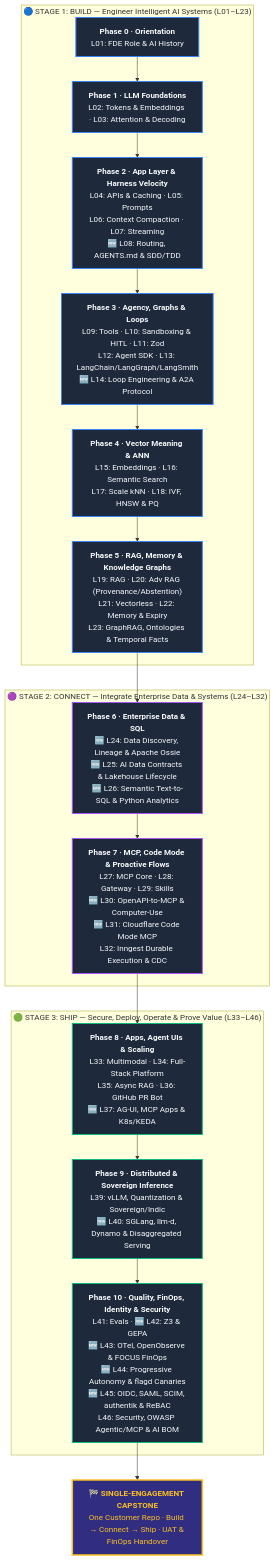
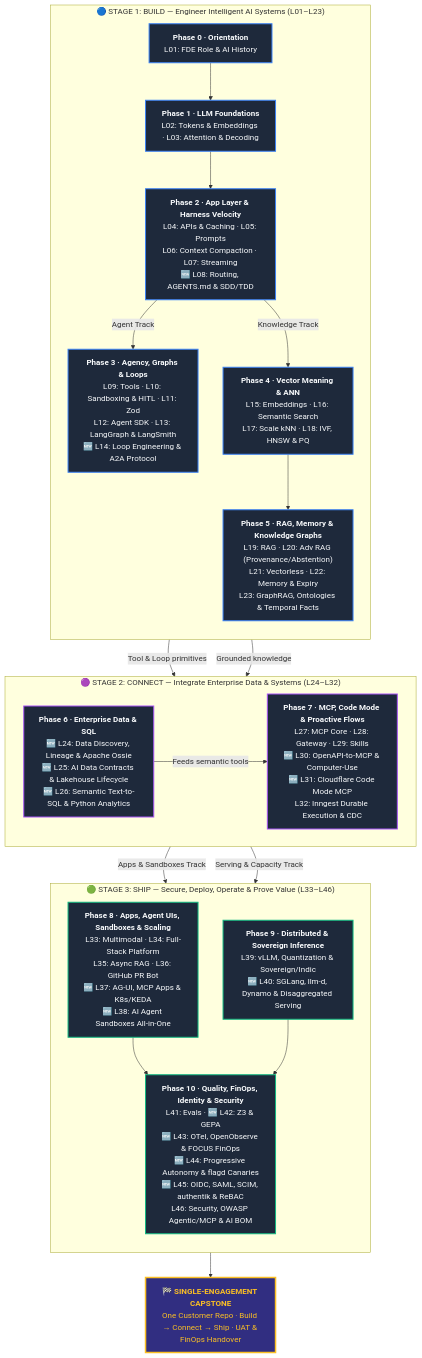
One commit to Amie-dev/FDE-and-GenAI-Mastery changed the first of 4 diagrams in roadmap-v1.md. Above: the diagram before and after it, drawn with Mermaid. The commit also changed other lines of this file, not shown here.

````diff
--- a/roadmap-v1.md
+++ b/roadmap-v1.md
@@ -40,36 +42,47 @@
 ```mermaid
 flowchart TD
     classDef build fill:#1e293b,stroke:#3b82f6,stroke-width:2px,color:#f8fafc;
     classDef connect fill:#1e293b,stroke:#a855f7,stroke-width:2px,color:#f8fafc;
     classDef ship fill:#1e293b,stroke:#10b981,stroke-width:2px,color:#f8fafc;
     classDef cap fill:#312e81,stroke:#fbbf24,stroke-width:3px,color:#fbbf24;
 
     subgraph BUILD["🔵 STAGE 1: BUILD — Engineer Intelligent AI Systems (L01–L23)"]
+        direction TB
         P0["<b>Phase 0 · Orientation</b><br/>L01: FDE Role & AI History"]:::build
         P1["<b>Phase 1 · LLM Foundations</b><br/>L02: Tokens & Embeddings · L03: Attention & Decoding"]:::build
         P2["<b>Phase 2 · App Layer & Harness Velocity</b><br/>L04: APIs & Caching · L05: Prompts<br/>L06: Context Compaction · L07: Streaming<br/>🆕 L08: Routing, AGENTS.md & SDD/TDD"]:::build
-        P3["<b>Phase 3 · Agency, Graphs & Loops</b><br/>L09: Tools · L10: Sandboxing & HITL · L11: Zod<br/>L12: Agent SDK · L13: LangChain/LangGraph/LangSmith<br/>🆕 L14: Loop Engineering & A2A Protocol"]:::build
+
+        P3["<b>Phase 3 · Agency, Graphs & Loops</b><br/>L09: Tools · L10: Sandboxing & HITL · L11: Zod<br/>L12: Agent SDK · L13: LangGraph & LangSmith<br/>🆕 L14: Loop Engineering & A2A Protocol"]:::build
+
         P4["<b>Phase 4 · Vector Meaning & ANN</b><br/>L15: Embeddings · L16: Semantic Search<br/>L17: Scale kNN · L18: IVF, HNSW & PQ"]:::build
         P5["<b>Phase 5 · RAG, Memory & Knowledge Graphs</b><br/>L19: RAG · L20: Adv RAG (Provenance/Abstention)<br/>L21: Vectorless · L22: Memory & Expiry<br/>L23: GraphRAG, Ontologies & Temporal Facts"]:::build
-        P0 --> P1 --> P2 --> P3 --> P4 --> P5
+
+        P0 --> P1 --> P2
+        P2 -->|"Agent Track"| P3
+        P2 -->|"Knowledge Track"| P4 --> P5
     end
 
     subgraph CONNECT["🟣 STAGE 2: CONNECT — Integrate Enterprise Data & Systems (L24–L32)"]
+        direction LR
         P6["<b>Phase 6 · Enterprise Data & SQL</b><br/>🆕 L24: Data Discovery, Lineage & Apache Ossie<br/>🆕 L25: AI Data Contracts & Lakehouse Lifecycle<br/>🆕 L26: Semantic Text-to-SQL & Python Analytics"]:::connect
         P7["<b>Phase 7 · MCP, Code Mode & Proactive Flows</b><br/>L27: MCP Core · L28: Gateway · L29: Skills<br/>🆕 L30: OpenAPI-to-MCP & Computer-Use<br/>🆕 L31: Cloudflare Code Mode MCP<br/>L32: Inngest Durable Execution & CDC"]:::connect
-        P6 --> P7
+        P6 -->|"Feeds semantic tools"| P7
     end
 
     subgraph SHIP["🟢 STAGE 3: SHIP — Secure, Deploy, Operate & Prove Value (L33–L46)"]
-        P8["<b>Phase 8 · Apps, Agent UIs & Scaling</b><br/>L33: Multimodal · L34: Full-Stack Platform<br/>L35: Async RAG · L36: GitHub PR Bot<br/>🆕 L37: AG-UI, MCP Apps & K8s/KEDA"]:::ship
+        direction TB
+        P8["<b>Phase 8 · Apps, Agent UIs, Sandboxes & Scaling</b><br/>L33: Multimodal · L34: Full-Stack Platform<br/>L35: Async RAG · L36: GitHub PR Bot<br/>🆕 L37: AG-UI, MCP Apps & K8s/KEDA<br/>🆕 L38: AI Agent Sandboxes All-in-One"]:::ship
         P9["<b>Phase 9 · Distributed & Sovereign Inference</b><br/>L39: vLLM, Quantization & Sovereign/Indic<br/>🆕 L40: SGLang, llm-d, Dynamo & Disaggregated Serving"]:::ship
         P10["<b>Phase 10 · Quality, FinOps, Identity & Security</b><br/>L41: Evals · 🆕 L42: Z3 & GEPA<br/>🆕 L43: OTel, OpenObserve & FOCUS FinOps<br/>🆕 L44: Progressive Autonomy & flagd Canaries<br/>🆕 L45: OIDC, SAML, SCIM, authentik & ReBAC<br/>L46: Security, OWASP Agentic/MCP & AI BOM"]:::ship
-        P8 --> P9 --> P10
+        P8 --> P10
+        P9 --> P10
     end
 
     CAP["<b>🏁 SINGLE-ENGAGEMENT CAPSTONE</b><br/>One Customer Repo · Build → Connect → Ship · UAT & FinOps Handover"]:::cap
 
-    P5 --> P6
-    P7 --> P8
+    P3 -->|"Tool & Loop primitives"| P7
+    P5 -->|"Grounded knowledge"| P6
+    P7 -->|"Apps & Sandboxes Track"| P8
+    P7 -->|"Serving & Capacity Track"| P9
     P10 --> CAP
 ```
````
